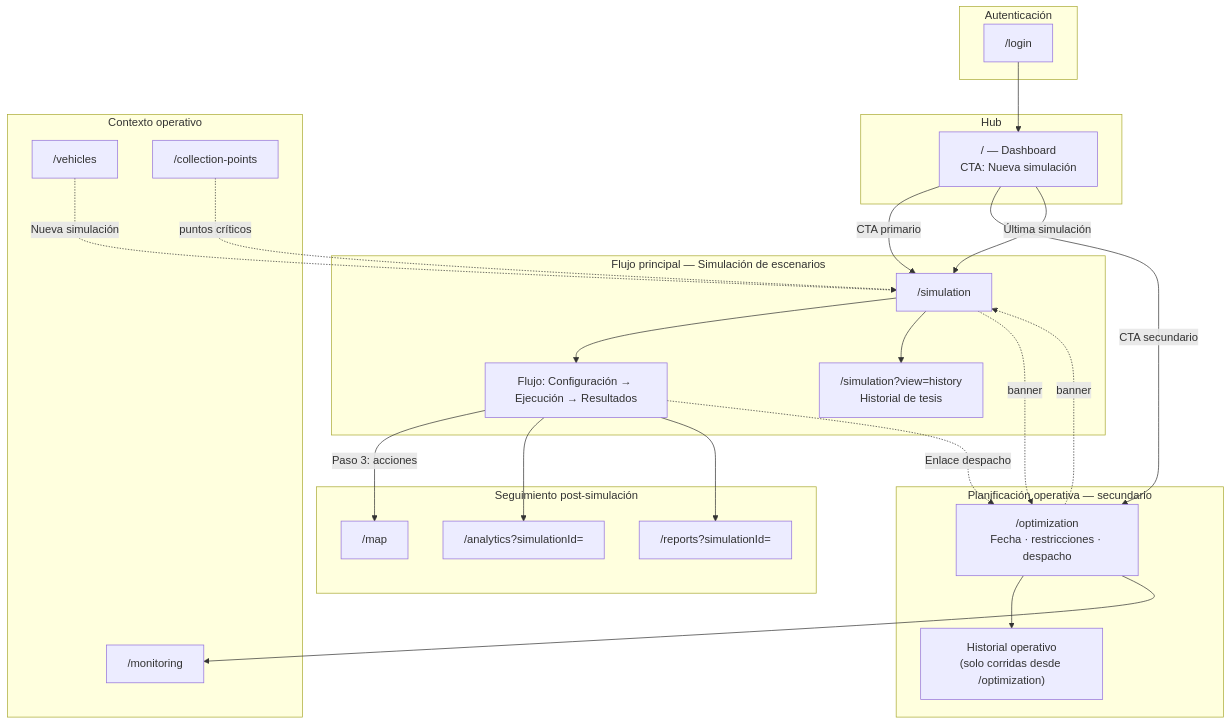
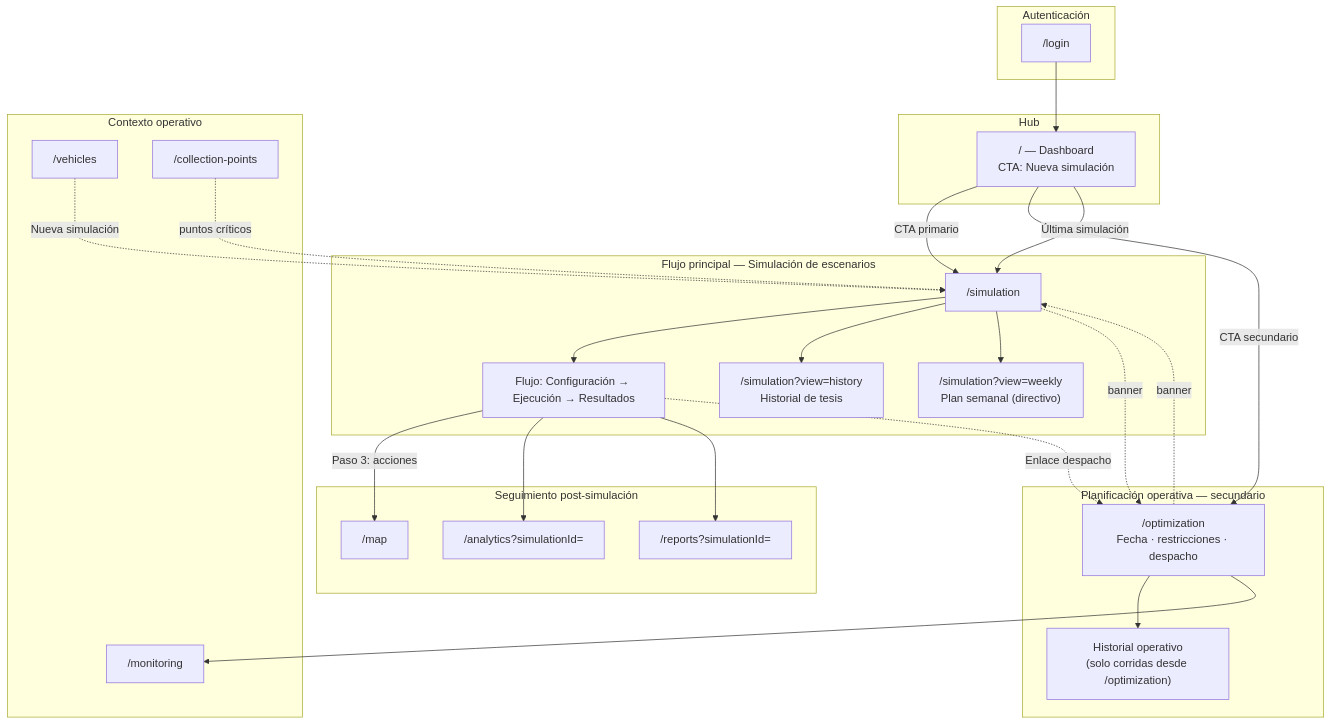
The diagram in docs/fase-6/diagrama-navegacion-opcion-a.md (MarianaMora07/FEROMAP), drawn with Mermaid before and after one commit. The commit also changed other lines of this file and 76 other files, not shown here.

````diff
--- a/docs/fase-6/diagrama-navegacion-opcion-a.md
+++ b/docs/fase-6/diagrama-navegacion-opcion-a.md
@@ -8,53 +8,55 @@
 ```mermaid
 flowchart TB
     subgraph auth [Autenticación]
         LOGIN["/login"]
     end
 
     subgraph hub [Hub]
         DASH["/ — Dashboard<br/>CTA: Nueva simulación"]
     end
 
     subgraph tesis [Flujo principal — Simulación de escenarios]
         SIM["/simulation"]
         SIM_FLOW["Flujo: Configuración → Ejecución → Resultados"]
         SIM_HIST["/simulation?view=history<br/>Historial de tesis"]
+        SIM_WEEK["/simulation?view=weekly<br/>Plan semanal (directivo)"]
         SIM --> SIM_FLOW
         SIM --> SIM_HIST
+        SIM --> SIM_WEEK
     end
 
     subgraph evidencia [Seguimiento post-simulación]
         MAP["/map"]
         ANA["/analytics?simulationId="]
         REP["/reports?simulationId="]
     end
 
     subgraph operacion [Planificación operativa — secundario]
         OPT["/optimization<br/>Fecha · restricciones · despacho"]
         OPT_HIST["Historial operativo<br/>(solo corridas desde /optimization)"]
         OPT --> OPT_HIST
     end
 
     subgraph soporte [Contexto operativo]
         VEH["/vehicles"]
         PTS["/collection-points"]
         MON["/monitoring"]
     end
 
     LOGIN --> DASH
     DASH -->|"CTA primario"| SIM
     DASH -->|"CTA secundario"| OPT
     DASH -->|"Última simulación"| SIM
 
     SIM_FLOW -->|"Paso 3: acciones"| MAP
     SIM_FLOW --> ANA
     SIM_FLOW --> REP
     SIM_FLOW -.->|"Enlace despacho"| OPT
 
     SIM -.->|"banner"| OPT
     OPT -.->|"banner"| SIM
 
     VEH -.->|"Nueva simulación"| SIM
     PTS -.->|"puntos críticos"| SIM
     OPT --> MON
 ```
````
